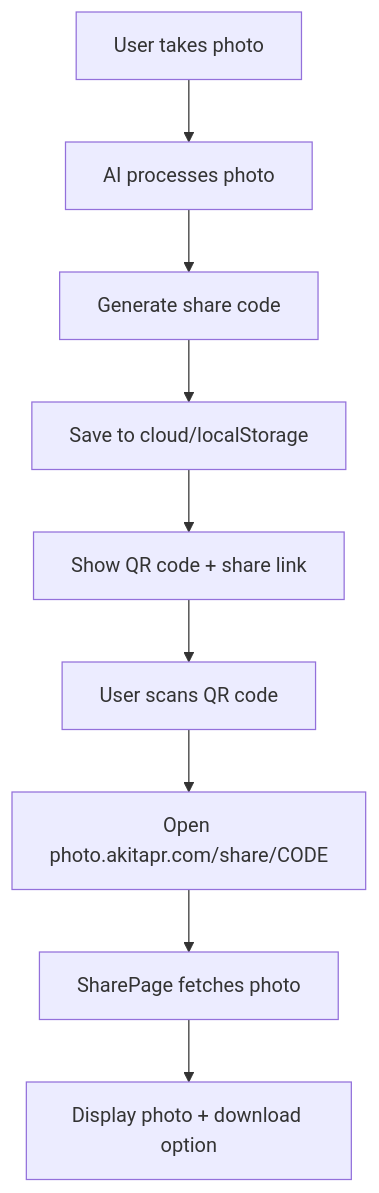
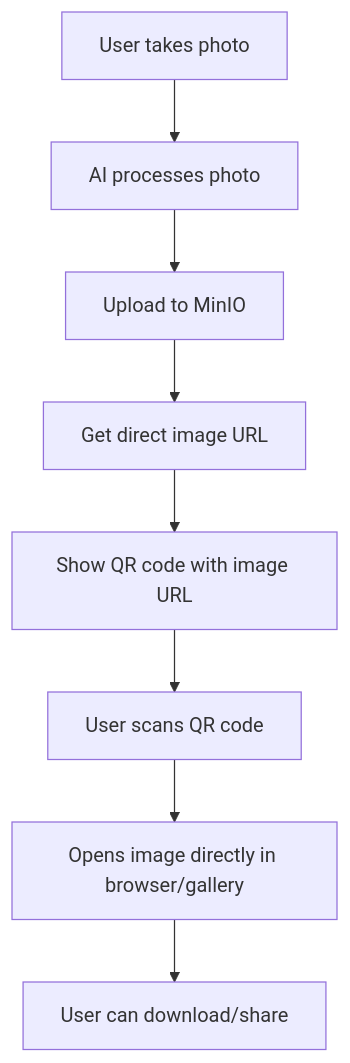
One commit to Chukowski/pictureme-business changed the diagram in SHARE_SYSTEM.md. Above: the diagram before and after it, drawn with Mermaid. The commit also changed other lines of this file and 5 other files, not shown here.

````diff
--- a/SHARE_SYSTEM.md
+++ b/SHARE_SYSTEM.md
@@ -179,11 +181,10 @@
 ```mermaid
 graph TD
     A[User takes photo] --> B[AI processes photo]
-    B --> C[Generate share code]
-    C --> D[Save to cloud/localStorage]
-    D --> E[Show QR code + share link]
+    B --> C[Upload to MinIO]
+    C --> D[Get direct image URL]
+    D --> E[Show QR code with image URL]
     E --> F[User scans QR code]
-    F --> G[Open photo.akitapr.com/share/CODE]
-    G --> H[SharePage fetches photo]
-    H --> I[Display photo + download option]
+    F --> G[Opens image directly in browser/gallery]
+    G --> H[User can download/share]
 ```
````
